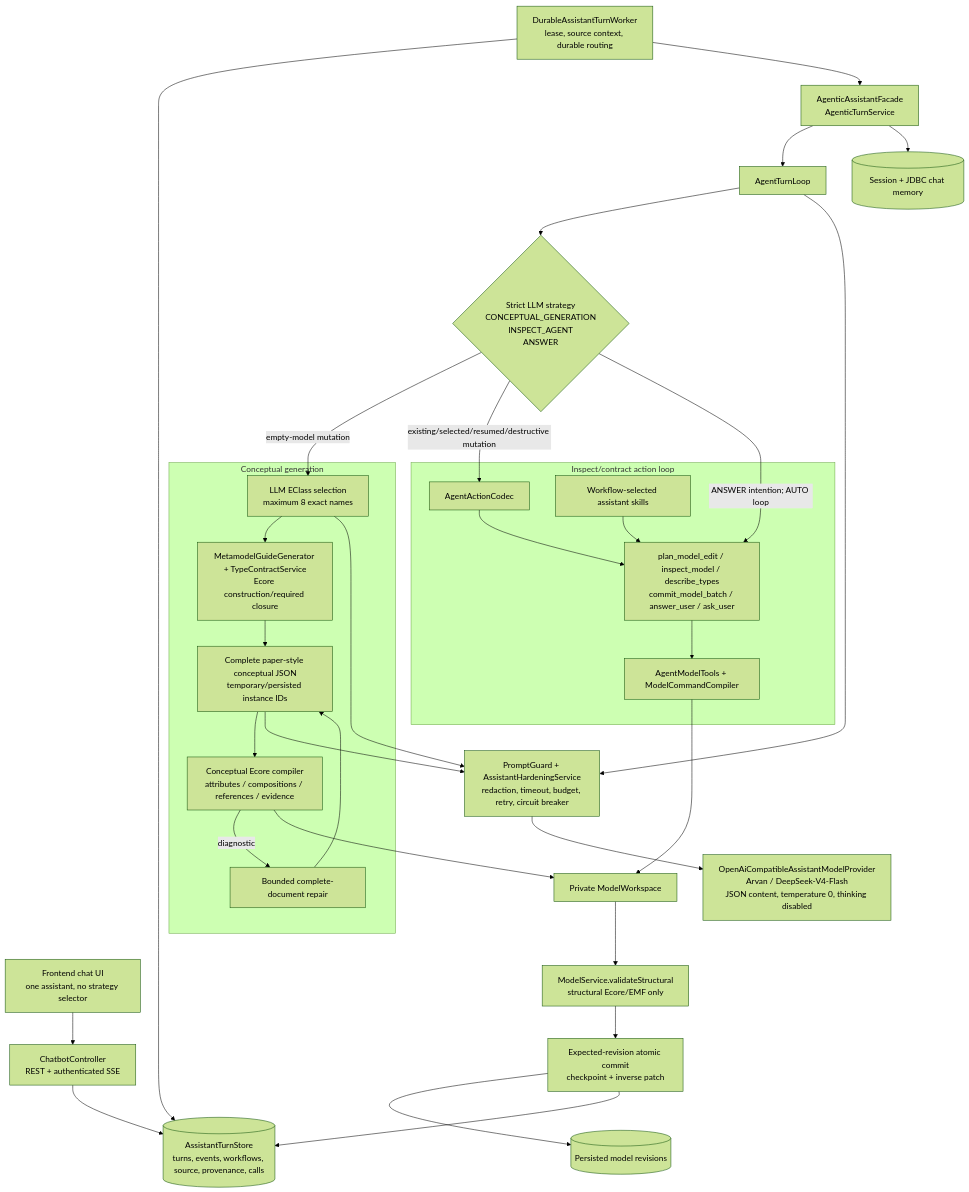
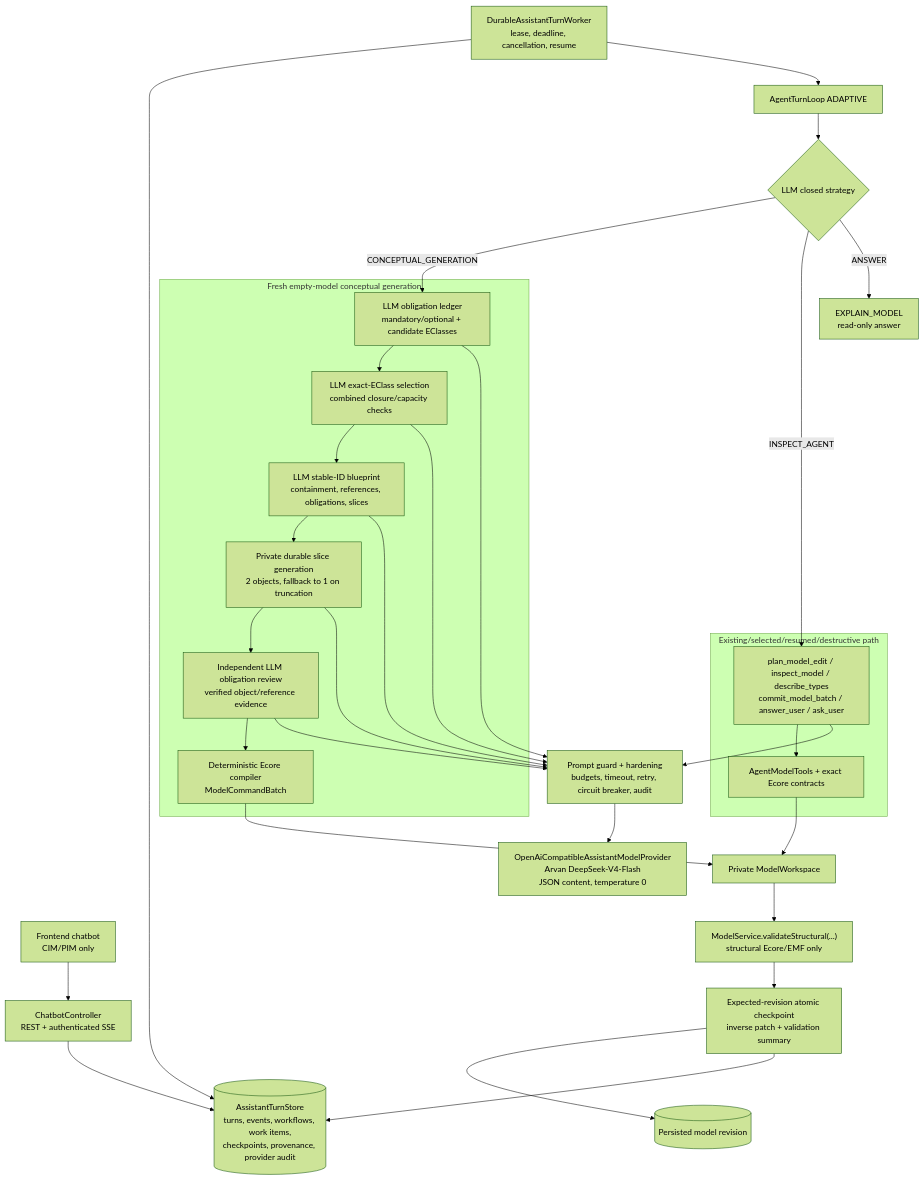
Before and after one commit to mehdieidi/modriss: the diagram in docs/diagrams/14-ai-assistant-architecture.md, drawn with Mermaid (forest theme). The commit also changed other lines of this file and 52 other files, not shown here.

First line of the commit message:
test(ai): add tests for agent action schema and turn loop behavior and update docs

````diff
--- a/docs/diagrams/14-ai-assistant-architecture.md
+++ b/docs/diagrams/14-ai-assistant-architecture.md
@@ -5,49 +3,48 @@
 ```mermaid
 flowchart TB
-    ui["Frontend chat UI<br/>one assistant, no strategy selector"]
-    api["ChatbotController<br/>REST + authenticated SSE"]
-    worker["DurableAssistantTurnWorker<br/>lease, source context, durable routing"]
-    facade["AgenticAssistantFacade<br/>AgenticTurnService"]
-    loop["AgentTurnLoop"]
-    strategy{"Strict LLM strategy<br/>CONCEPTUAL_GENERATION<br/>INSPECT_AGENT<br/>ANSWER"}
+    UI["Frontend chatbot<br/>CIM/PIM only"]
+    API["ChatbotController<br/>REST + authenticated SSE"]
+    Store[("AssistantTurnStore<br/>turns, events, workflows, work items,<br/>checkpoints, provenance, provider audit")]
+    Worker["DurableAssistantTurnWorker<br/>lease, deadline, cancellation, resume"]
+    Loop["AgentTurnLoop ADAPTIVE"]
+    Strategy{"LLM closed strategy"}
 
-    subgraph conceptual["Conceptual generation"]
-        select["LLM EClass selection<br/>maximum 8 exact names"]
-        guide["MetamodelGuideGenerator + TypeContractService<br/>Ecore construction/required closure"]
-        ir["Complete paper-style conceptual JSON<br/>temporary/persisted instance IDs"]
-        compiler["Conceptual Ecore compiler<br/>attributes / compositions / references / evidence"]
-        repair["Bounded complete-document repair"]
+    subgraph CG["Fresh empty-model conceptual generation"]
+        Obligations["LLM obligation ledger<br/>mandatory/optional + candidate EClasses"]
+        Types["LLM exact-EClass selection<br/>combined closure/capacity checks"]
+        Blueprint["LLM stable-ID blueprint<br/>containment, references, obligations, slices"]
+        Slices["Private durable slice generation<br/>2 objects, fallback to 1 on truncation"]
+        Review["Independent LLM obligation review<br/>verified object/reference evidence"]
+        Compiler["Deterministic Ecore compiler<br/>ModelCommandBatch"]
     end
 
-    subgraph agent["Inspect/contract action loop"]
-        codec["AgentActionCodec"]
-        actions["plan_model_edit / inspect_model / describe_types<br/>commit_model_batch / answer_user / ask_user"]
-        skills["Workflow-selected assistant skills"]
-        tools["AgentModelTools + ModelCommandCompiler"]
+    subgraph IA["Existing/selected/resumed/destructive path"]
+        Actions["plan_model_edit / inspect_model / describe_types<br/>commit_model_batch / answer_user / ask_user"]
+        Tools["AgentModelTools + exact Ecore contracts"]
     end
 
-    workspace["Private ModelWorkspace"]
-    structural["ModelService.validateStructural<br/>structural Ecore/EMF only"]
-    commit["Expected-revision atomic commit<br/>checkpoint + inverse patch"]
-    turns[("AssistantTurnStore<br/>turns, events, workflows, source, provenance, calls")]
-    memory[("Session + JDBC chat memory")]
-    model[("Persisted model revisions")]
-    provider["OpenAiCompatibleAssistantModelProvider<br/>Arvan / DeepSeek-V4-Flash<br/>JSON content, temperature 0, thinking disabled"]
-    guard["PromptGuard + AssistantHardeningService<br/>redaction, timeout, budget, retry, circuit breaker"]
+    ReadOnly["EXPLAIN_MODEL<br/>read-only answer"]
+    Provider["OpenAiCompatibleAssistantModelProvider<br/>Arvan DeepSeek-V4-Flash<br/>JSON content, temperature 0"]
+    Guard["Prompt guard + hardening<br/>budgets, timeout, retry, circuit breaker, audit"]
+    Workspace["Private ModelWorkspace"]
+    Structural["ModelService.validateStructural(...)<br/>structural Ecore/EMF only"]
+    Commit["Expected-revision atomic checkpoint<br/>inverse patch + validation summary"]
+    Model[("Persisted model revision")]
 
-    ui --> api --> turns
-    worker --> turns
-    worker --> facade --> loop --> strategy
-    strategy -->|empty-model mutation| select --> guide --> ir --> compiler
-    compiler -->|diagnostic| repair --> ir
-    compiler --> workspace
-    strategy -->|existing/selected/resumed/destructive mutation| codec --> actions
-    skills --> actions --> tools --> workspace
-    strategy -->|ANSWER intention; AUTO loop| actions
-    loop --> guard --> provider
-    select --> guard
-    ir --> guard
-    workspace --> structural --> commit --> model
-    commit --> turns
-    facade --> memory
+    UI --> API --> Store
+    Worker --> Store
+    Worker --> Loop --> Strategy
+    Strategy -->|CONCEPTUAL_GENERATION| Obligations --> Types --> Blueprint --> Slices --> Review --> Compiler
+    Strategy -->|INSPECT_AGENT| Actions --> Tools
+    Strategy -->|ANSWER| ReadOnly
+    Obligations --> Guard --> Provider
+    Types --> Guard
+    Blueprint --> Guard
+    Slices --> Guard
+    Review --> Guard
+    Actions --> Guard
+    Compiler --> Workspace
+    Tools --> Workspace
+    Workspace --> Structural --> Commit --> Model
+    Commit --> Store
 ```
````
